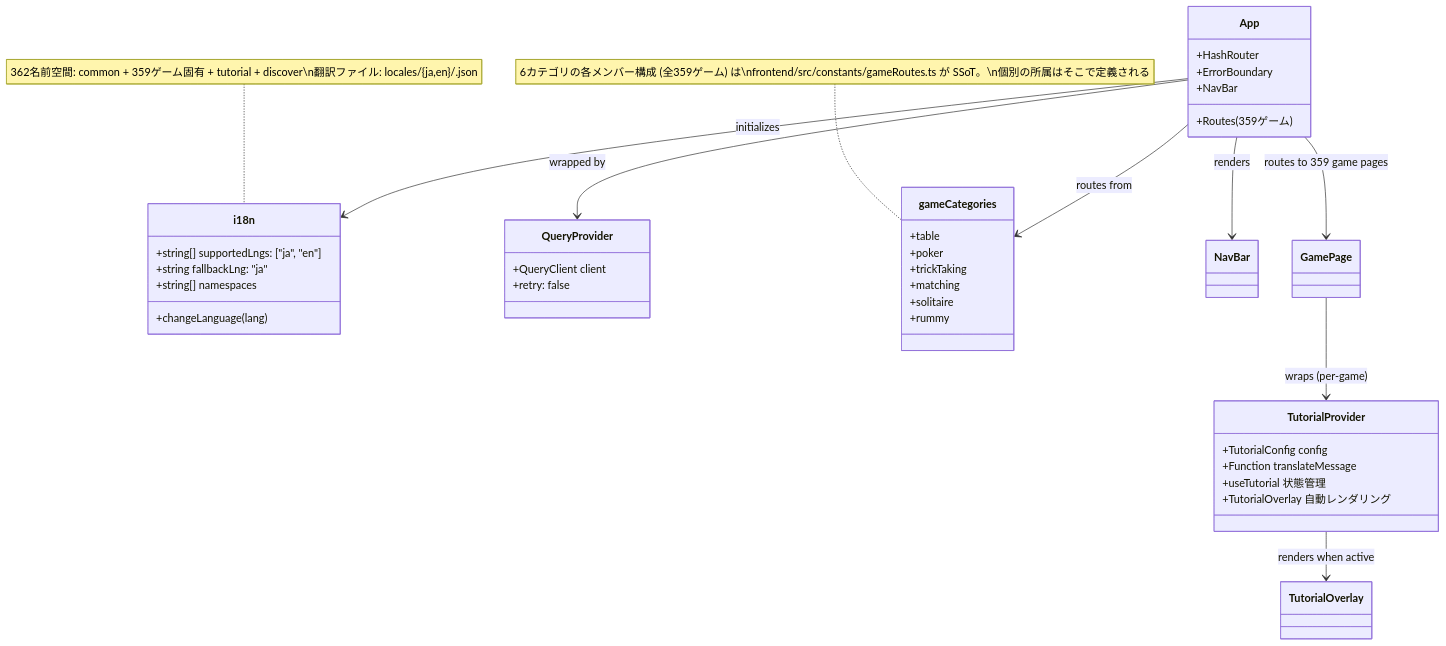
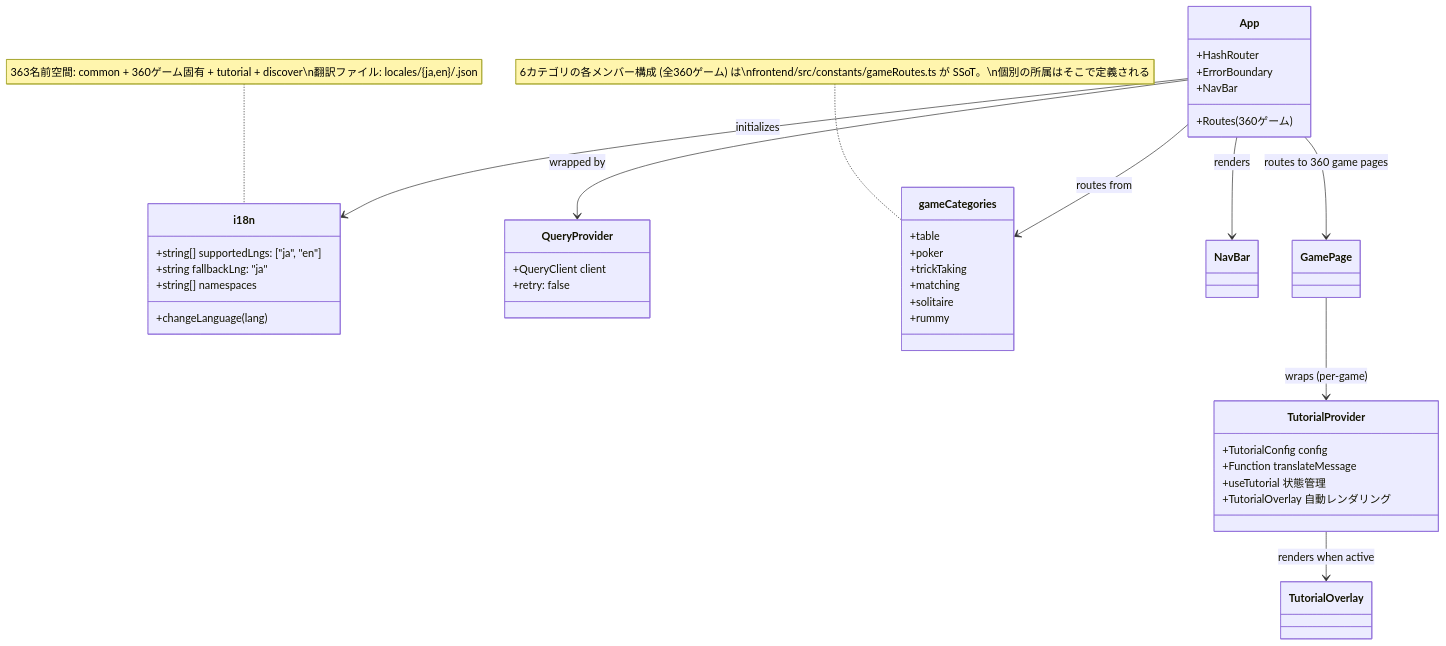
One commit to yuta-yoshinaga/go_trumpcards changed the ninth of 49 diagrams in docs/design/frontend.md. Above: the diagram before and after it, drawn with Mermaid. The commit also changed other lines of this file and 63 other files, not shown here.

````diff
--- a/docs/design/frontend.md
+++ b/docs/design/frontend.md
@@ -1874,48 +1874,48 @@
 ```mermaid
 classDiagram
     class i18n {
         +string[] supportedLngs: ["ja", "en"]
         +string fallbackLng: "ja"
         +string[] namespaces
         +changeLanguage(lang)
     }
 
     class QueryProvider {
         +QueryClient client
         +retry: false
     }
 
     class App {
         +HashRouter
         +ErrorBoundary
         +NavBar
-        +Routes (359ゲーム)
+        +Routes (360ゲーム)
     }
 
     class gameCategories {
         +table
         +poker
         +trickTaking
         +matching
         +solitaire
         +rummy
     }
-    note for gameCategories "6カテゴリの各メンバー構成 (全359ゲーム) は\nfrontend/src/constants/gameRoutes.ts が SSoT。\n個別の所属はそこで定義される"
+    note for gameCategories "6カテゴリの各メンバー構成 (全360ゲーム) は\nfrontend/src/constants/gameRoutes.ts が SSoT。\n個別の所属はそこで定義される"
 
     class TutorialProvider {
         +TutorialConfig config
         +Function translateMessage
         +useTutorial 状態管理
         +TutorialOverlay 自動レンダリング
     }
 
     App --> QueryProvider : wrapped by
     App --> i18n : initializes
     App --> gameCategories : routes from
     App --> NavBar : renders
-    App --> GamePage : routes to 359 game pages
+    App --> GamePage : routes to 360 game pages
     GamePage --> TutorialProvider : wraps (per-game)
     TutorialProvider --> TutorialOverlay : renders when active
 
-    note for i18n "362名前空間: common + 359ゲーム固有 + tutorial + discover\n翻訳ファイル: locales/{ja,en}/<game>.json"
+    note for i18n "363名前空間: common + 360ゲーム固有 + tutorial + discover\n翻訳ファイル: locales/{ja,en}/<game>.json"
 ```
````
